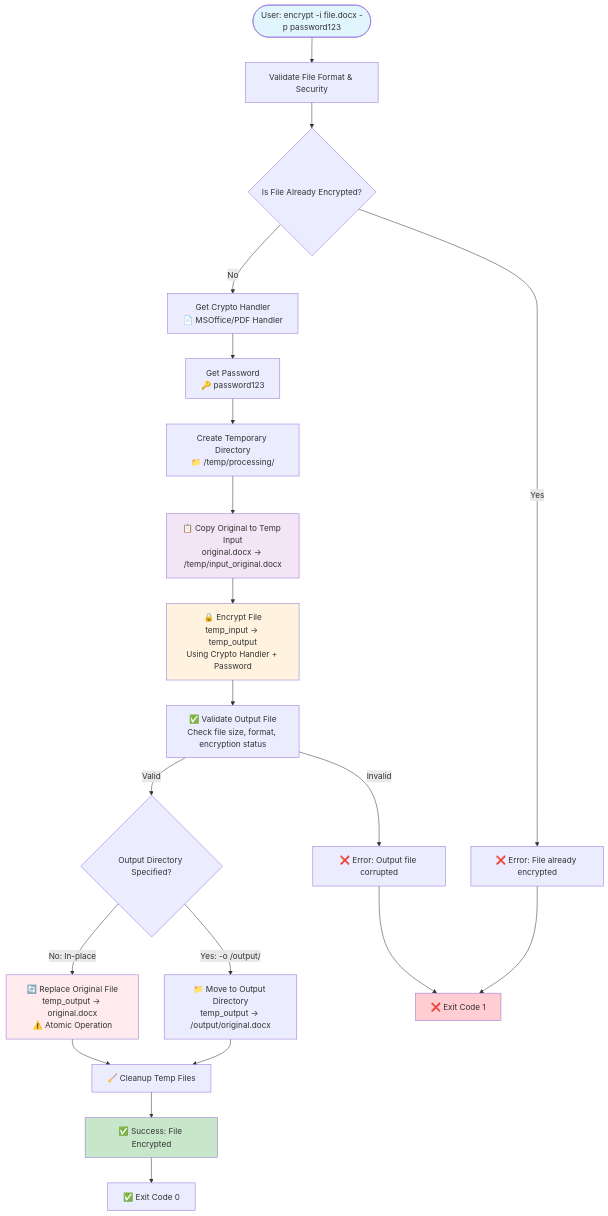
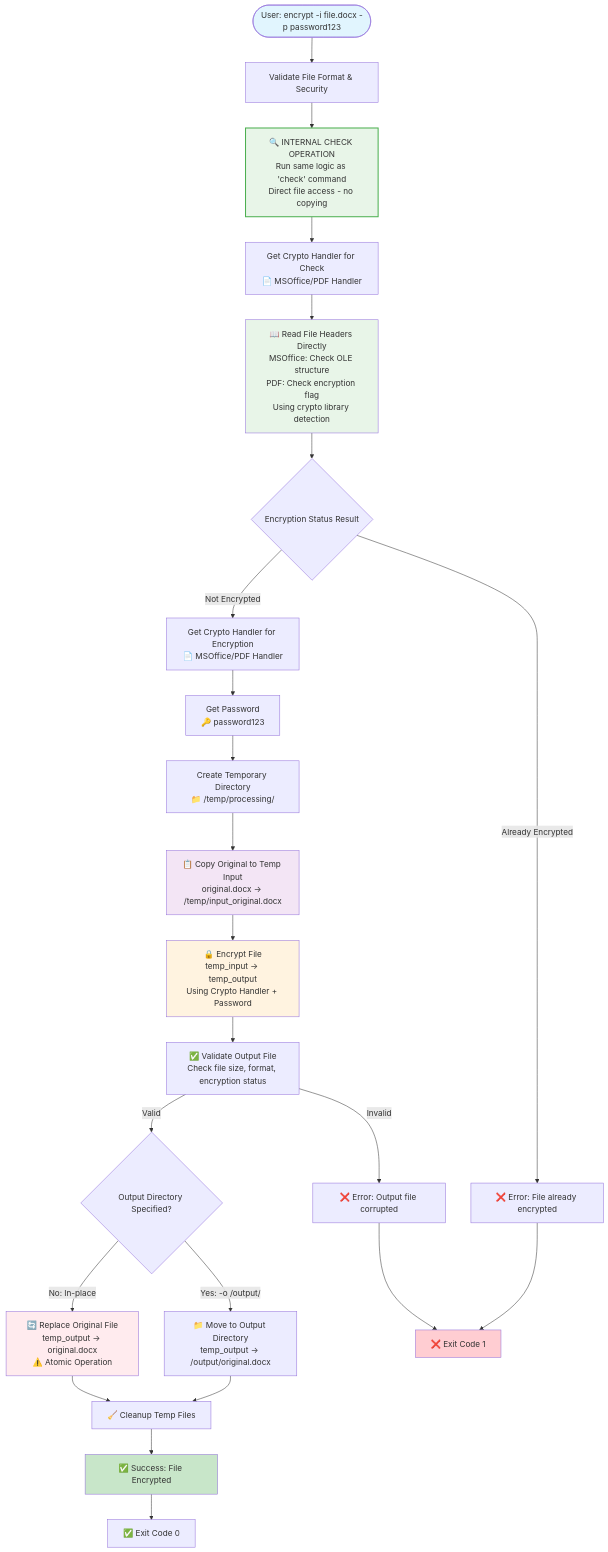
One commit to tenpainator/fast_pass changed the second of 10 diagrams in dev/FASTPASS_BUSINESS_LOGIC_DIAGRAM.md. Above: the diagram before and after it, drawn with Mermaid. The commit also changed other lines of this file and 2 other files, not shown here.

First line of the commit message:
Enhance business logic diagrams: clarify internal check operation usage

````diff
--- a/dev/FASTPASS_BUSINESS_LOGIC_DIAGRAM.md
+++ b/dev/FASTPASS_BUSINESS_LOGIC_DIAGRAM.md
@@ -29,36 +29,42 @@
 ```mermaid
 flowchart TD
     START([User: encrypt -i file.docx -p password123]) --> VALIDATE[Validate File Format & Security]
-    VALIDATE --> CHECK_ENC{Is File Already Encrypted?}
+    VALIDATE --> RUN_CHECK[🔍 INTERNAL CHECK OPERATION<br/>Run same logic as 'check' command<br/>Direct file access - no copying]
     
-    CHECK_ENC -->|Yes| ERROR_ENCRYPTED[❌ Error: File already encrypted]
-    CHECK_ENC -->|No| GET_HANDLER[Get Crypto Handler<br/>📄 MSOffice/PDF Handler]
+    RUN_CHECK --> GET_HANDLER_CHECK[Get Crypto Handler for Check<br/>📄 MSOffice/PDF Handler]
+    GET_HANDLER_CHECK --> DETECT_ENC[📖 Read File Headers Directly<br/>MSOffice: Check OLE structure<br/>PDF: Check encryption flag<br/>Using crypto library detection]
+    
+    DETECT_ENC --> CHECK_ENC{Encryption Status Result}
+    CHECK_ENC -->|Already Encrypted| ERROR_ENCRYPTED[❌ Error: File already encrypted]
+    CHECK_ENC -->|Not Encrypted| GET_HANDLER[Get Crypto Handler for Encryption<br/>📄 MSOffice/PDF Handler]
     
     GET_HANDLER --> GET_PASSWORD[Get Password<br/>🔑 password123]
     GET_PASSWORD --> CREATE_TEMP[Create Temporary Directory<br/>📁 /temp/processing/]
     
     CREATE_TEMP --> COPY_INPUT[📋 Copy Original to Temp Input<br/>original.docx → /temp/input_original.docx]
     COPY_INPUT --> ENCRYPT[🔒 Encrypt File<br/>temp_input → temp_output<br/>Using Crypto Handler + Password]
     
     ENCRYPT --> VALIDATE_OUTPUT[✅ Validate Output File<br/>Check file size, format, encryption status]
     VALIDATE_OUTPUT -->|Valid| DETERMINE_FINAL{Output Directory Specified?}
     VALIDATE_OUTPUT -->|Invalid| ERROR_CORRUPT[❌ Error: Output file corrupted]
     
     DETERMINE_FINAL -->|Yes: -o /output/| MOVE_TO_DIR[📁 Move to Output Directory<br/>temp_output → /output/original.docx]
     DETERMINE_FINAL -->|No: In-place| REPLACE_ORIGINAL[🔄 Replace Original File<br/>temp_output → original.docx<br/>⚠️ Atomic Operation]
     
     MOVE_TO_DIR --> CLEANUP[🧹 Cleanup Temp Files]
     REPLACE_ORIGINAL --> CLEANUP
     CLEANUP --> SUCCESS[✅ Success: File Encrypted]
     
     ERROR_ENCRYPTED --> FAIL[❌ Exit Code 1]
     ERROR_CORRUPT --> FAIL
     SUCCESS --> PASS[✅ Exit Code 0]
 
     style START fill:#e1f5fe
     style SUCCESS fill:#c8e6c9
     style FAIL fill:#ffcdd2
     style ENCRYPT fill:#fff3e0
     style COPY_INPUT fill:#f3e5f5
     style REPLACE_ORIGINAL fill:#ffebee
+    style RUN_CHECK fill:#e8f5e8,stroke:#4caf50,stroke-width:2px
+    style DETECT_ENC fill:#e8f5e8
 ```
````
